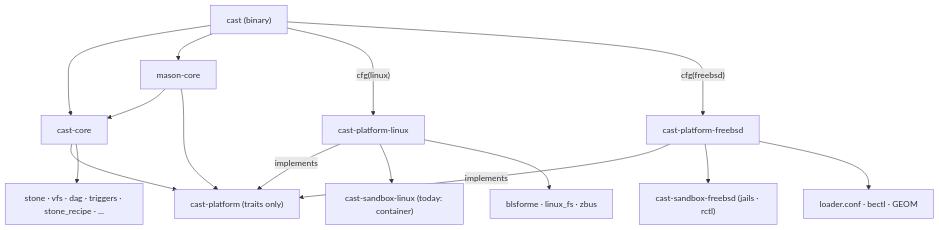
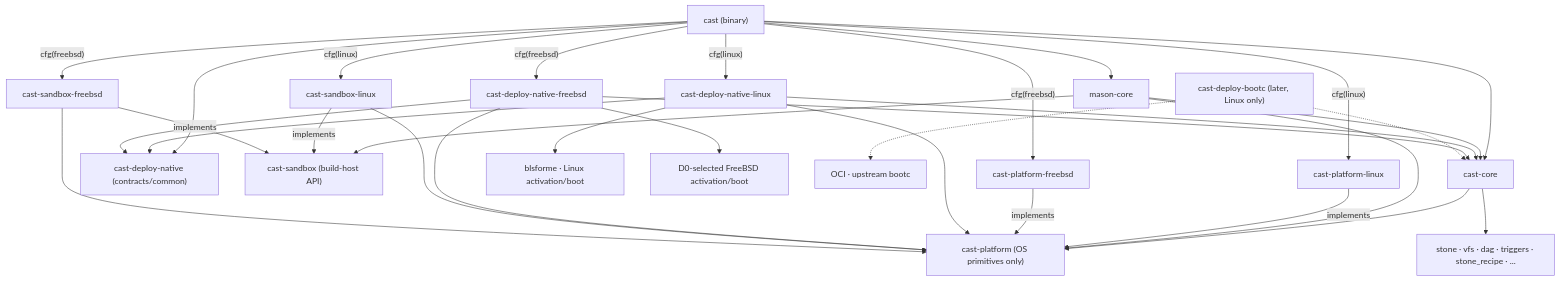
Before and after one commit to onix-os/cast: the second of 2 diagrams in plans/bsd.md, drawn with Mermaid. The commit also changed other lines of this file, not shown here.

Commit message:
docs(plans): refresh cast split architecture plan

````diff
--- a/plans/bsd.md
+++ b/plans/bsd.md
@@ -129,17 +138,33 @@
 ```mermaid
 graph TD
   bin["cast (binary)"] --> core[cast-core]
+  bin --> native["cast-deploy-native (contracts/common)"]
   bin --> mcore[mason-core]
+  mcore --> sapi["cast-sandbox (build-host API)"]
   bin -- "cfg(linux)" --> pl[cast-platform-linux]
   bin -- "cfg(freebsd)" --> pf[cast-platform-freebsd]
+  bin -- "cfg(linux)" --> nl[cast-deploy-native-linux]
+  bin -- "cfg(freebsd)" --> nf[cast-deploy-native-freebsd]
+  bin -- "cfg(linux)" --> sl[cast-sandbox-linux]
+  bin -- "cfg(freebsd)" --> sf[cast-sandbox-freebsd]
   mcore --> core
-  core --> papi["cast-platform (traits only)"]
+  core --> papi["cast-platform (OS primitives only)"]
   mcore --> papi
   pl -- implements --> papi
   pf -- implements --> papi
-  pl --> sl["cast-sandbox-linux (today: container)"]
-  pl --> bfl["blsforme · linux_fs · zbus"]
-  pf --> sf["cast-sandbox-freebsd (jails · rctl)"]
-  pf --> bff["loader.conf · bectl · GEOM"]
+  nl --> native
+  nf --> native
+  nl --> core
+  nf --> core
+  nl --> papi
+  nf --> papi
+  sl -- implements --> sapi
+  sf -- implements --> sapi
+  sl --> papi
+  sf --> papi
+  nl --> bfl["blsforme · Linux activation/boot"]
+  nf --> bff["D0-selected FreeBSD activation/boot"]
   core --> neutral["stone · vfs · dag · triggers · stone_recipe · ..."]
+  future["cast-deploy-bootc (later, Linux only)"] -.-> core
+  future -.-> upstream["OCI · upstream bootc"]
 ```
````
